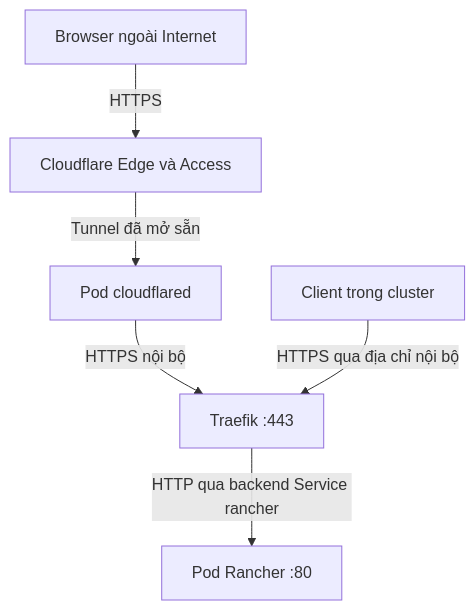
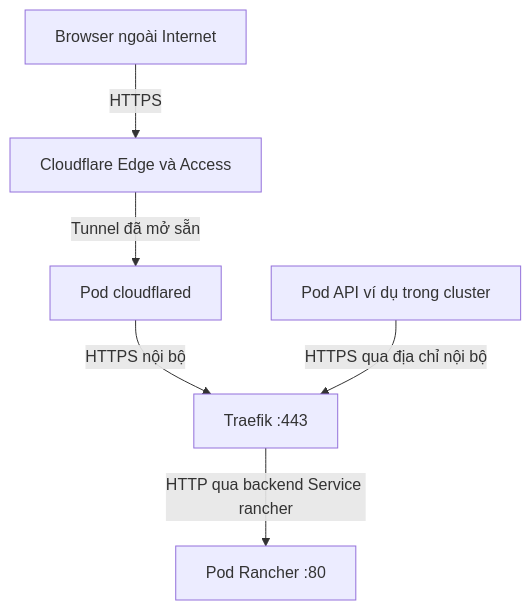
The first of 10 diagrams in cloudflare-rancher-docs/setup-rancher.md (hieupham259/ansible_playbook_k8s-installation), drawn with Mermaid before and after one commit. The commit also changed other lines of this file, not shown here.

Commit message:
docs: distinguish Rancher agent scenarios and hypothetical API clients

````diff
--- a/cloudflare-rancher-docs/setup-rancher.md
+++ b/cloudflare-rancher-docs/setup-rancher.md
@@ -120,9 +120,9 @@
 ```mermaid
 flowchart TD
     B["Browser ngoài Internet"] -->|"HTTPS"| E["Cloudflare Edge và Access"]
     E -->|"Tunnel đã mở sẵn"| C["Pod cloudflared"]
     C -->|"HTTPS nội bộ"| T["Traefik :443"]
 
-    P["Client trong cluster"] -->|"HTTPS qua địa chỉ nội bộ"| T
+    P["Pod API ví dụ trong cluster"] -->|"HTTPS qua địa chỉ nội bộ"| T
     T -->|"HTTP qua backend Service rancher"| R["Pod Rancher :80"]
 ```
````
